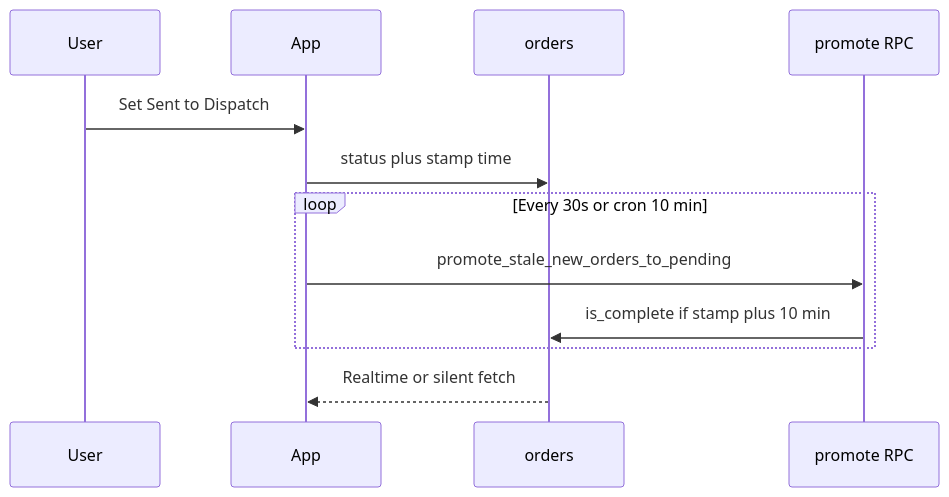
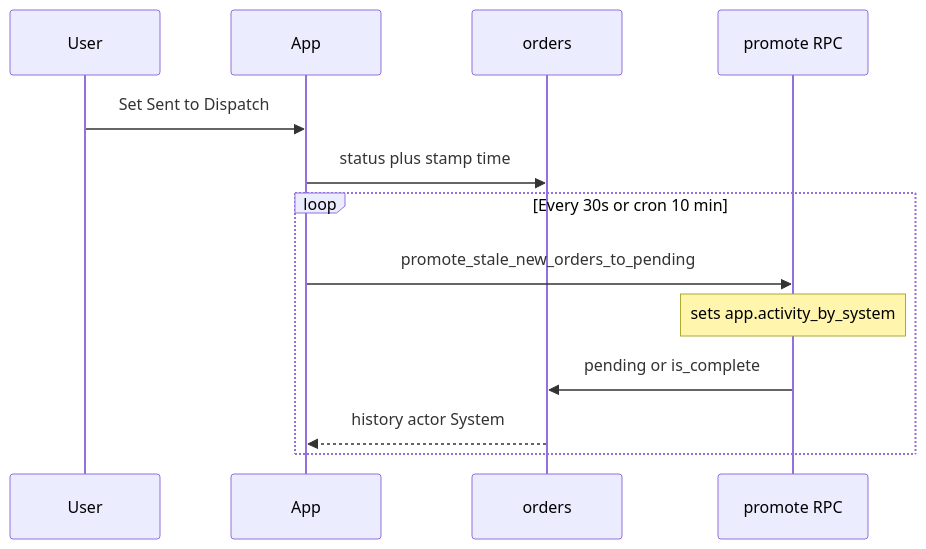
Diagram 21 of 53 in docs/FLOWCHARTS.md (Mayur8291/Printing-Tracker), drawn with Mermaid before and after one commit. The commit also changed other lines of this file and 16 other files, not shown here.

First line of the commit message:
feat(orders): label automatic history as system and add cancel

````diff
--- a/docs/FLOWCHARTS.md
+++ b/docs/FLOWCHARTS.md
@@ -299,14 +299,15 @@
 ```mermaid
 sequenceDiagram
   participant U as User
   participant A as App
   participant D as orders
   participant R as promote RPC
   U->>A: Set Sent to Dispatch
   A->>D: status plus stamp time
   loop Every 30s or cron 10 min
     A->>R: promote_stale_new_orders_to_pending
-    R->>D: is_complete if stamp plus 10 min
+    Note over R: sets app.activity_by_system
+    R->>D: pending or is_complete
+    D-->>A: history actor System
   end
-  D-->>A: Realtime or silent fetch
 ```
````
